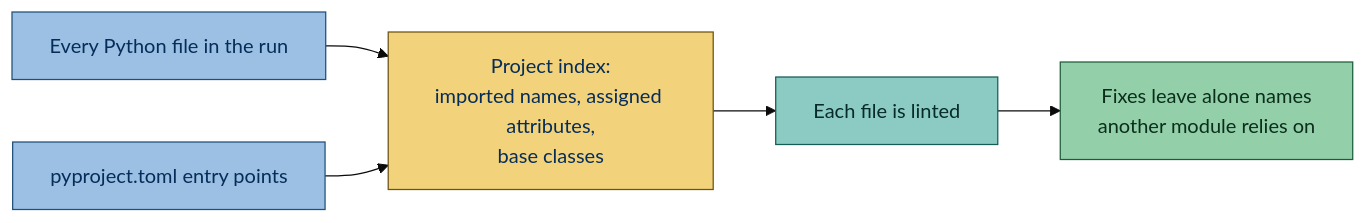
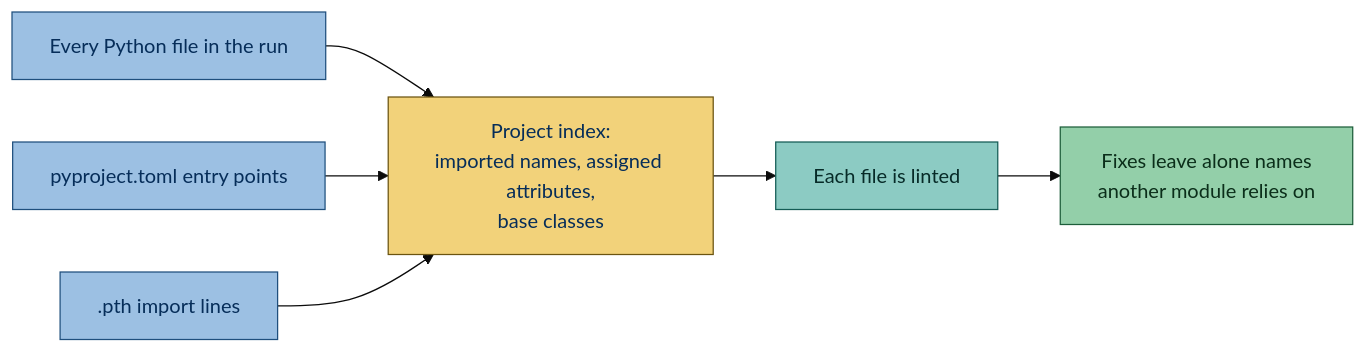
One commit to gaborbernat/simplint changed the first of 2 diagrams in docs/explanation/how-it-works.rst. Above: the diagram before and after it, drawn with Mermaid (base theme). The commit also changed other lines of this file and 492 other files, not shown here.

```diff
--- a/docs/explanation/how-it-works.rst
+++ b/docs/explanation/how-it-works.rst
@@ -21,16 +22,17 @@
 .. mermaid::
 
     flowchart LR
         files["Every Python file in the run"] --> index["Project index:<br/>imported names, assigned attributes,<br/>base classes"]
         entry["pyproject.toml entry points"] --> index
+        pth[".pth import lines"] --> index
         index --> lint["Each file is linted"]
         lint --> fix["Fixes leave alone names<br/>another module relies on"]
         classDef blue fill:#9cc0e3,stroke:#1f4f7d,color:#062d59
         classDef yellow fill:#f2d27a,stroke:#6b5410,color:#062d59
         classDef green fill:#93cfa9,stroke:#1d5e3a,color:#0b2e1a
         classDef teal fill:#8ccbc3,stroke:#145c55,color:#072b28
         classDef orange fill:#f0b48c,stroke:#8a3d12,color:#3d1606
-        class files,entry blue
+        class files,entry,pth blue
         class index yellow
         class lint teal
         class fix green
```
